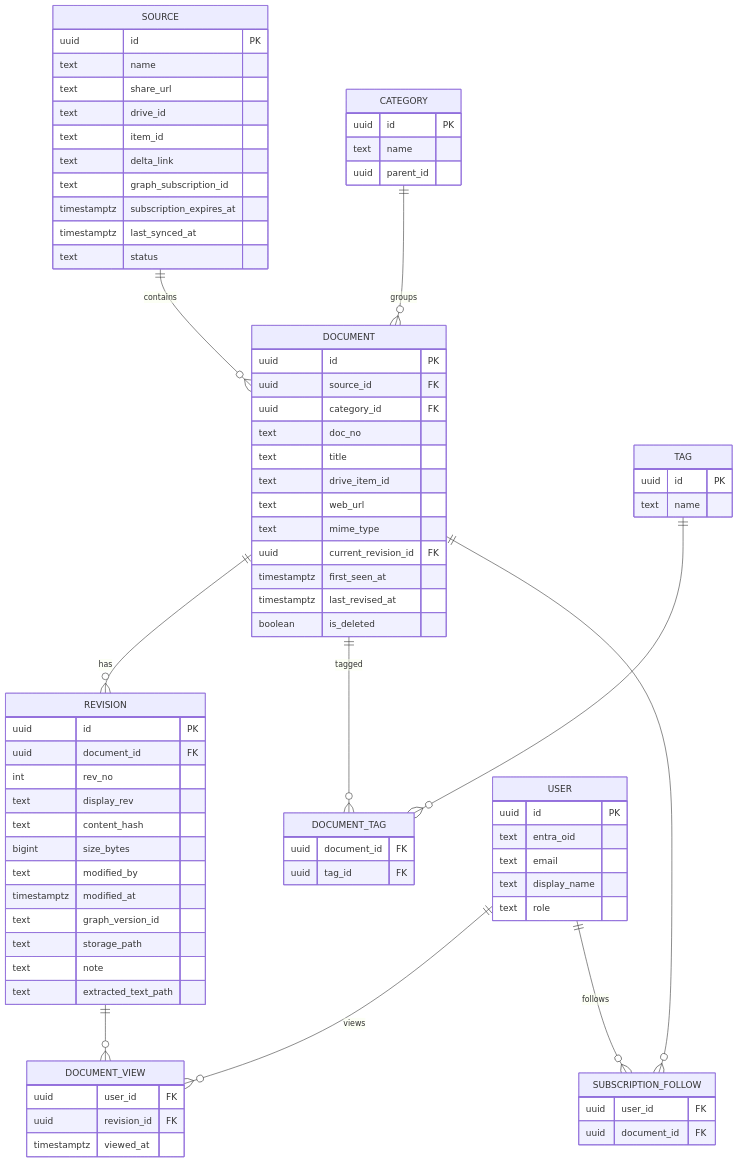
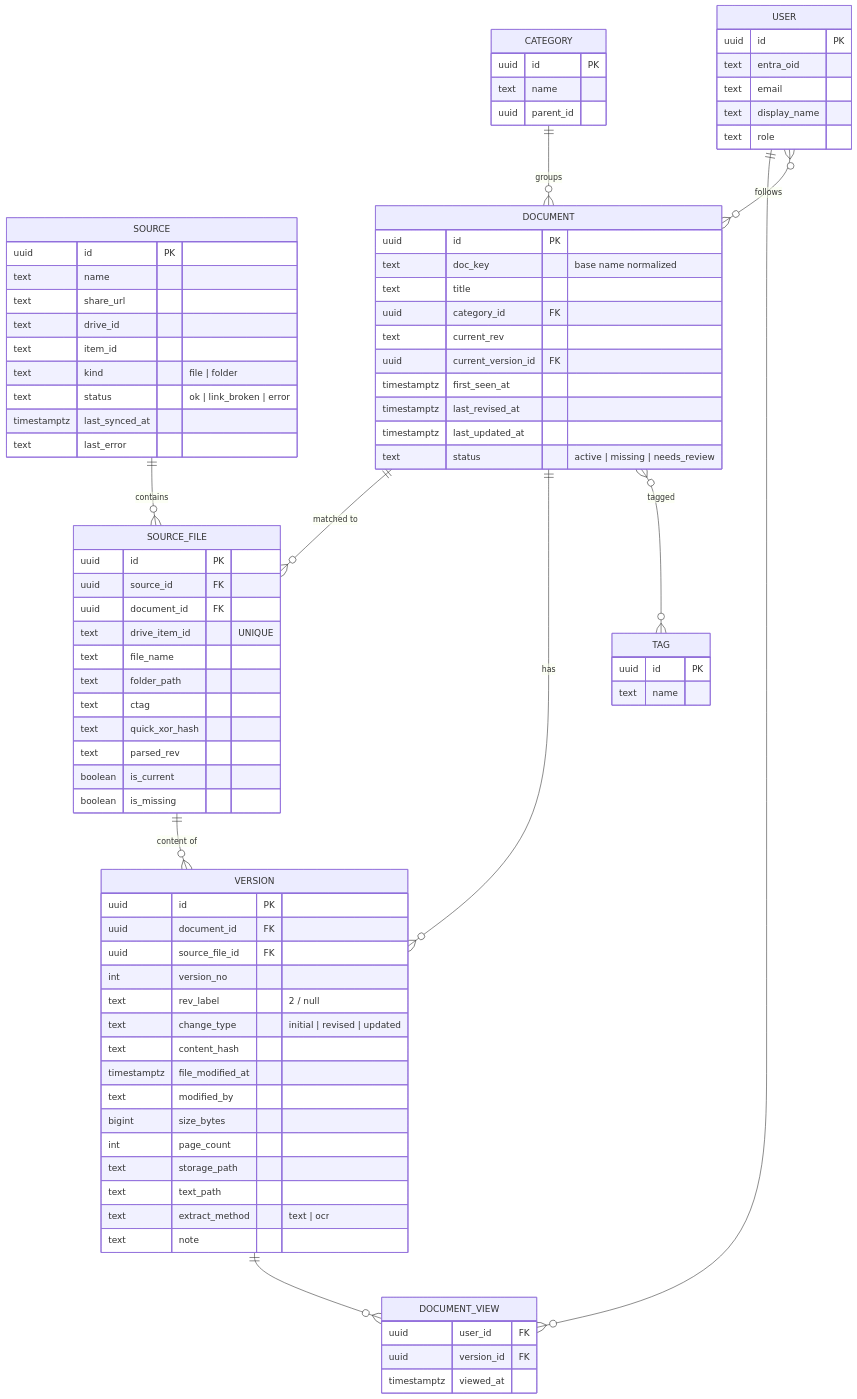
One commit to Hanabishi-Daihen/Document_Schematic changed the fourth of 4 diagrams in docs/SYSTEM_DESIGN.md. Above: the diagram before and after it, drawn with Mermaid. The commit also changed other lines of this file, not shown here.

First line of the commit message:
Revise system design for org OneDrive, filename-based Rev parsing, and PDF pipeline

````diff
--- a/docs/SYSTEM_DESIGN.md
+++ b/docs/SYSTEM_DESIGN.md
@@ -141,14 +219,14 @@
 ```mermaid
 erDiagram
-    SOURCE ||--o{ DOCUMENT : contains
+    SOURCE ||--o{ SOURCE_FILE : contains
+    DOCUMENT ||--o{ SOURCE_FILE : "matched to"
+    DOCUMENT ||--o{ VERSION : has
+    SOURCE_FILE ||--o{ VERSION : "content of"
     CATEGORY ||--o{ DOCUMENT : groups
-    DOCUMENT ||--o{ REVISION : has
-    DOCUMENT ||--o{ DOCUMENT_TAG : tagged
-    TAG ||--o{ DOCUMENT_TAG : ""
-    USER ||--o{ DOCUMENT_VIEW : views
-    REVISION ||--o{ DOCUMENT_VIEW : ""
-    USER ||--o{ SUBSCRIPTION_FOLLOW : follows
-    DOCUMENT ||--o{ SUBSCRIPTION_FOLLOW : ""
+    DOCUMENT }o--o{ TAG : tagged
+    USER ||--o{ DOCUMENT_VIEW : ""
+    VERSION ||--o{ DOCUMENT_VIEW : ""
+    USER }o--o{ DOCUMENT : follows
 
     SOURCE {
         uuid id PK
@@ -156,39 +234,52 @@
         text share_url
         text drive_id
         text item_id
-        text delta_link
-        text graph_subscription_id
-        timestamptz subscription_expires_at
+        text kind "file | folder"
+        text status "ok | link_broken | error"
         timestamptz last_synced_at
-        text status
+        text last_error
+    }
+    SOURCE_FILE {
+        uuid id PK
+        uuid source_id FK
+        uuid document_id FK
+        text drive_item_id "UNIQUE"
+        text file_name
+        text folder_path
+        text ctag
+        text quick_xor_hash
+        text parsed_rev
+        boolean is_current
+        boolean is_missing
     }
     DOCUMENT {
         uuid id PK
-        uuid source_id FK
+        text doc_key "base name normalized"
+        text title
         uuid category_id FK
-        text doc_no
-        text title
-        text drive_item_id
-        text web_url
-        text mime_type
-        uuid current_revision_id FK
+        text current_rev
+        uuid current_version_id FK
         timestamptz first_seen_at
         timestamptz last_revised_at
-        boolean is_deleted
+        timestamptz last_updated_at
+        text status "active | missing | needs_review"
     }
-    REVISION {
+    VERSION {
         uuid id PK
         uuid document_id FK
-        int rev_no
-        text display_rev
+        uuid source_file_id FK
+        int version_no
+        text rev_label "2 / null"
+        text change_type "initial | revised | updated"
         text content_hash
+        timestamptz file_modified_at
+        text modified_by
         bigint size_bytes
-        text modified_by
-        timestamptz modified_at
-        text graph_version_id
+        int page_count
         text storage_path
+        text text_path
+        text extract_method "text | ocr"
         text note
-        text extracted_text_path
     }
     CATEGORY {
         uuid id PK
@@ -199,10 +290,6 @@
         uuid id PK
         text name
     }
-    DOCUMENT_TAG {
-        uuid document_id FK
-        uuid tag_id FK
-    }
     USER {
         uuid id PK
         text entra_oid
@@ -212,11 +299,7 @@
     }
     DOCUMENT_VIEW {
         uuid user_id FK
-        uuid revision_id FK
+        uuid version_id FK
         timestamptz viewed_at
     }
-    SUBSCRIPTION_FOLLOW {
-        uuid user_id FK
-        uuid document_id FK
-    }
 ```
````
